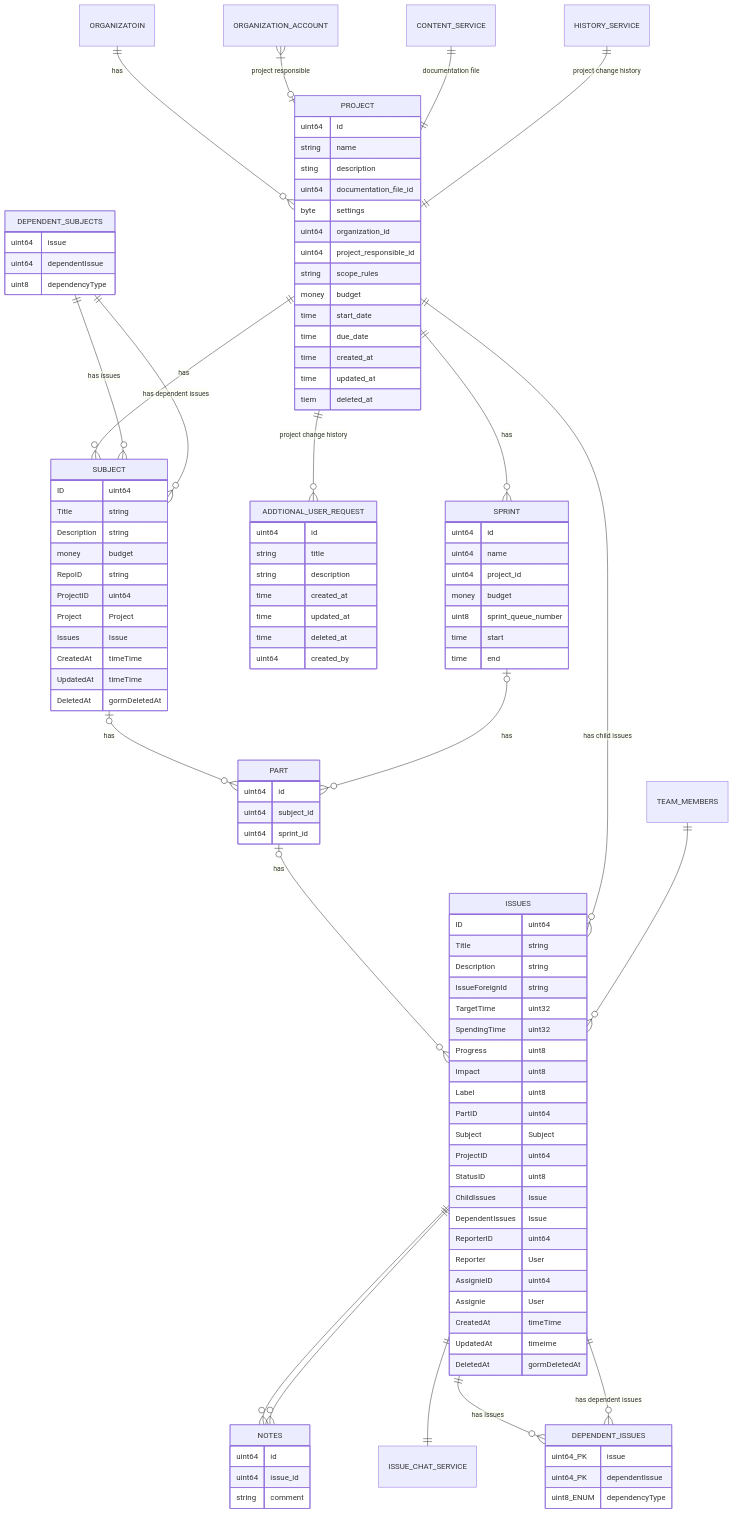
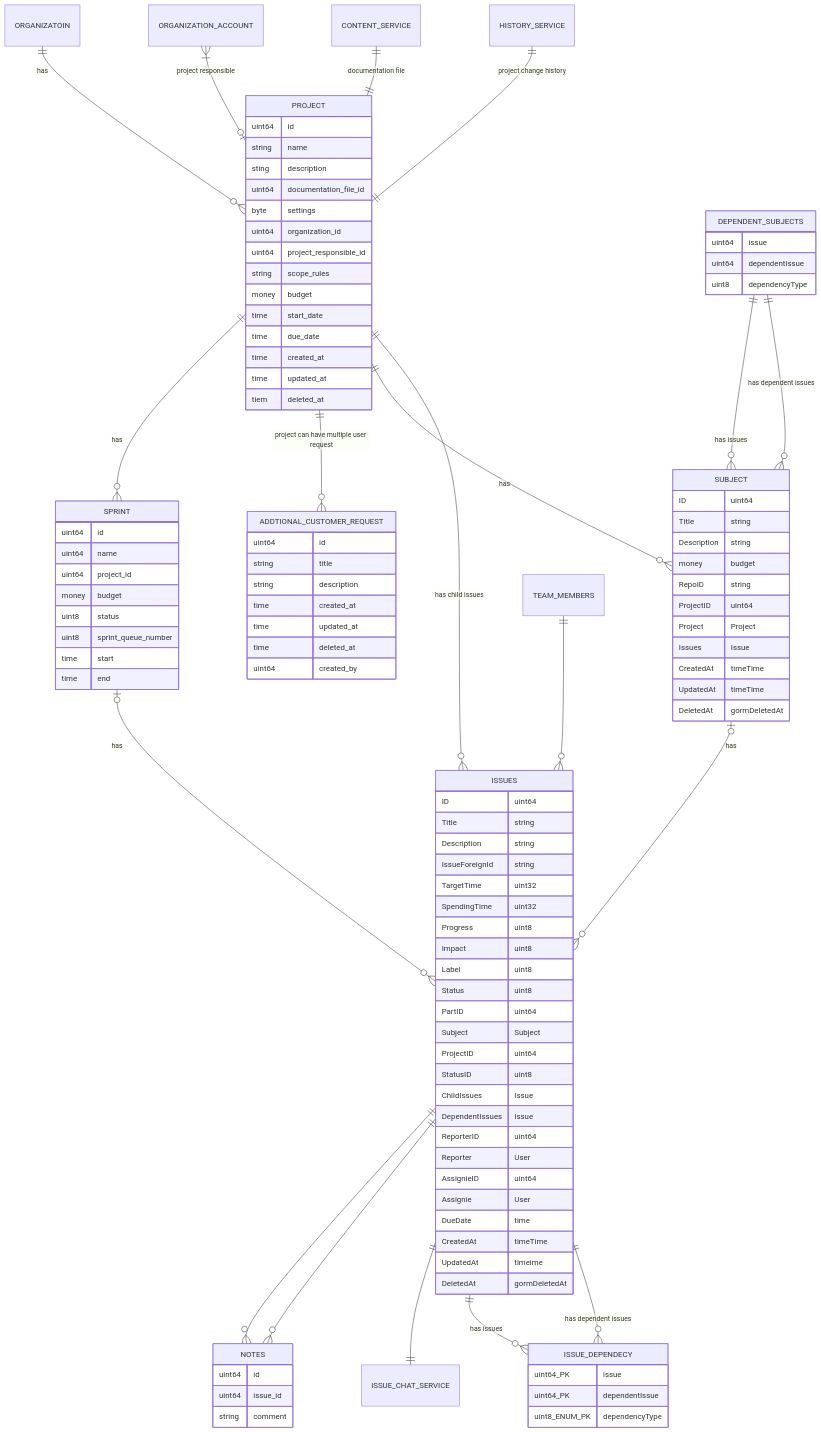
The third of 3 diagrams in README.md (DEONSKY/ProjectManagementAppDoc), drawn with Mermaid before and after one commit. The commit also changed other lines of this file, not shown here.

```diff
--- a/README.md
+++ b/README.md
@@ -176,9 +177,9 @@
 CONTENT_SERVICE||--||  PROJECT: "documentation file" 
 HISTORY_SERVICE||--||  PROJECT: "project change history" 
 
-PROJECT||--o{  ADDTIONAL_USER_REQUEST : "project change history" 
+PROJECT||--o{  ADDTIONAL_CUSTOMER_REQUEST : "project can have multiple user request" 
 
-ADDTIONAL_USER_REQUEST {
+ADDTIONAL_CUSTOMER_REQUEST {
 uint64 id
 string title
 string description
@@ -193,23 +194,16 @@
 uint64 name
 uint64 project_id
 money budget
+uint8 status
 uint8 sprint_queue_number
 time start
 time end
 }
 
-PART {
-uint64 id
-uint64 subject_id
-uint64 sprint_id
-}
-
-
 PROJECT ||--o{  SUBJECT : "has"
 
-SUBJECT |o--o{ PART :"has"
-SPRINT |o--o{ PART:"has"
-PART |o--o{ ISSUES: "has"
+SUBJECT |o--o{ ISSUES:"has"
+SPRINT |o--o{ ISSUES:"has"
 
 
 DEPENDENT_SUBJECTS{
@@ -243,6 +237,7 @@
 Progress uint8  
 Impact uint8
 Label uint8
+Status uint8
 PartID uint64  
 Subject Subject 
 ProjectID uint64  
@@ -253,17 +248,18 @@
 Reporter User 
 AssignieID uint64  
 Assignie User 
+DueDate time
 CreatedAt timeTime 
 UpdatedAt timeime 
 DeletedAt gormDeletedAt 
 }
 
-ISSUES ||--o{  DEPENDENT_ISSUES : "has issues"
-ISSUES ||--o{  DEPENDENT_ISSUES : "has dependent issues"
-DEPENDENT_ISSUES {
+ISSUES ||--o{  ISSUE_DEPENDECY : "has issues"
+ISSUES ||--o{  ISSUE_DEPENDECY : "has dependent issues"
+ISSUE_DEPENDECY {
 uint64_PK issue
 uint64_PK dependentIssue
-uint8_ENUM dependencyType
+uint8_ENUM_PK dependencyType
 }
 
 SUBJECT {
```
